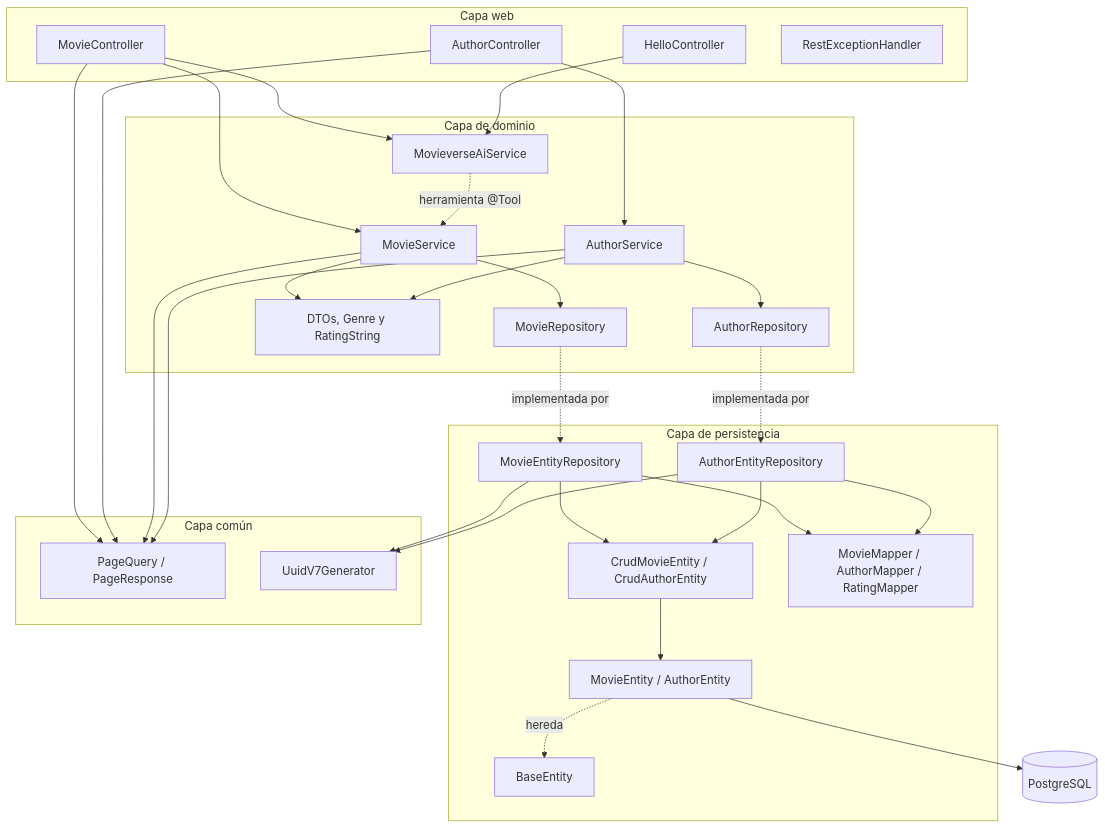
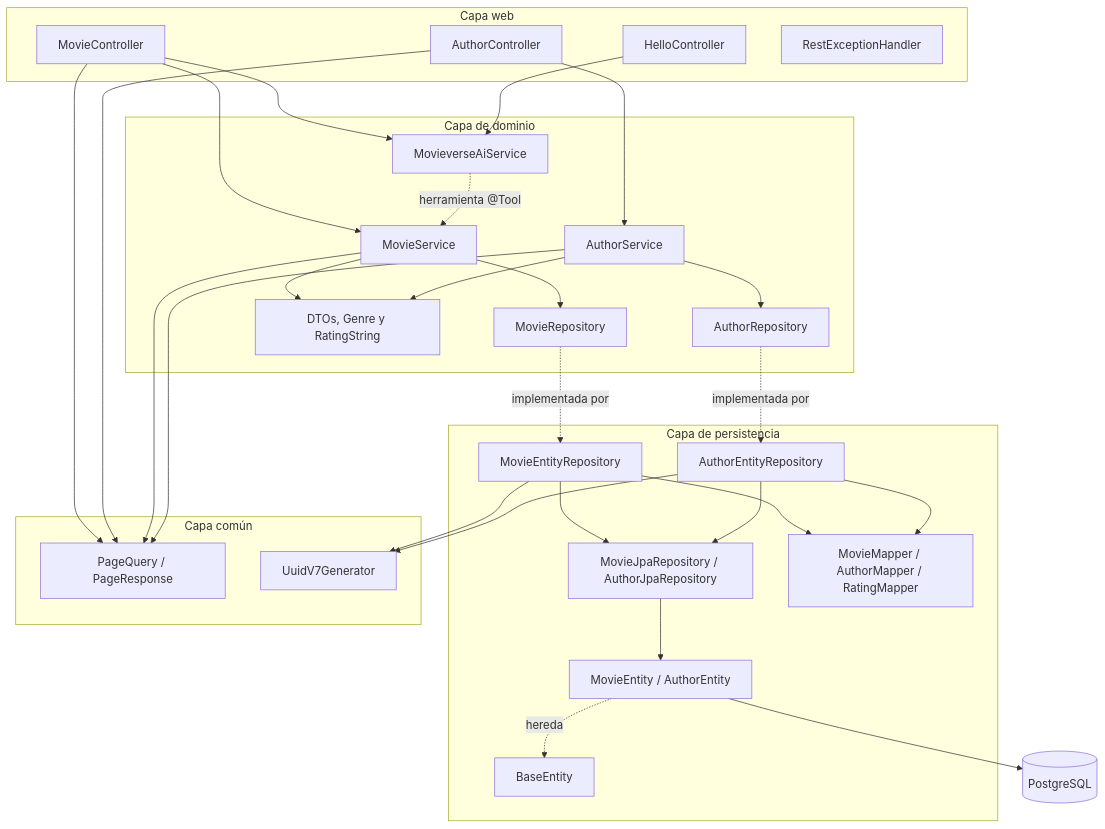
Before and after one commit to afperdomo2/movieverse_api_java_spring: the first of 3 diagrams in ARCHITECTURE.md, drawn with Mermaid. The commit also changed other lines of this file and 7 other files, not shown here.

First line of the commit message:
Refactor repository layer to use JPA repositories

````diff
--- a/ARCHITECTURE.md
+++ b/ARCHITECTURE.md
@@ -15,59 +15,59 @@
 ```mermaid
 flowchart TB
   subgraph Web["Capa web"]
     MC[MovieController]
     AC[AuthorController]
     HC[HelloController]
     EH[RestExceptionHandler]
   end
 
   subgraph Domain["Capa de dominio"]
     MS[MovieService]
     AS[AuthorService]
     MR[MovieRepository]
     AR[AuthorRepository]
     AI[MovieverseAiService]
     DTO[DTOs, Genre y RatingString]
   end
 
   subgraph Persistence["Capa de persistencia"]
     PER[MovieEntityRepository]
     AER[AuthorEntityRepository]
-    CRUD[CrudMovieEntity / CrudAuthorEntity]
+    JPA[MovieJpaRepository / AuthorJpaRepository]
     MAP[MovieMapper / AuthorMapper / RatingMapper]
     ENT[MovieEntity / AuthorEntity]
     BASE[BaseEntity]
   end
 
   subgraph Common["Capa común"]
     PAG[PageQuery / PageResponse]
     UUIDG[UuidV7Generator]
   end
 
   DB[(PostgreSQL)]
 
   MC --> MS
   MC --> AI
   MC --> PAG
   AC --> AS
   AC --> PAG
   HC --> AI
   MS --> MR
   AS --> AR
   MS --> PAG
   AS --> PAG
   MR -. implementada por .-> PER
   AR -. implementada por .-> AER
-  PER --> CRUD
-  AER --> CRUD
+  PER --> JPA
+  AER --> JPA
   PER --> MAP
   AER --> MAP
   PER --> UUIDG
   AER --> UUIDG
-  CRUD --> ENT
+  JPA --> ENT
   ENT -. hereda .-> BASE
   ENT --> DB
   MS --> DTO
   AS --> DTO
   AI -. herramienta @Tool .-> MS
 ```
````
